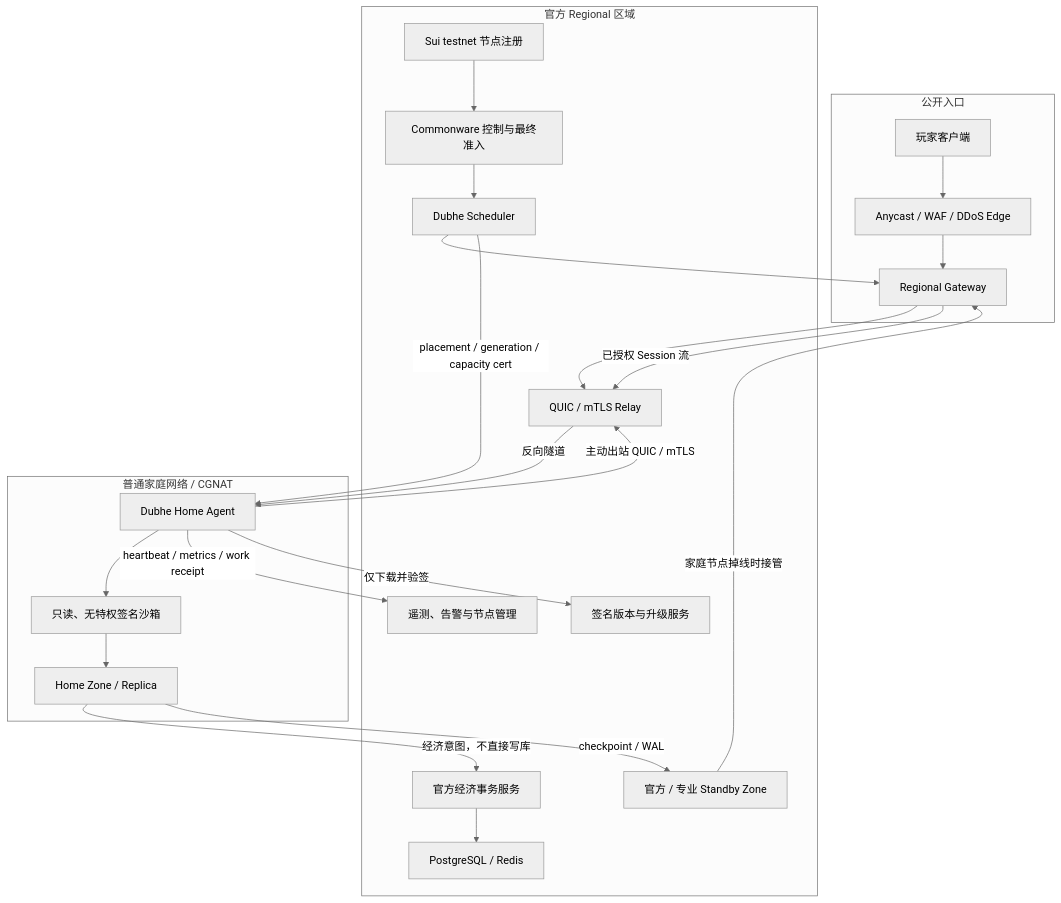
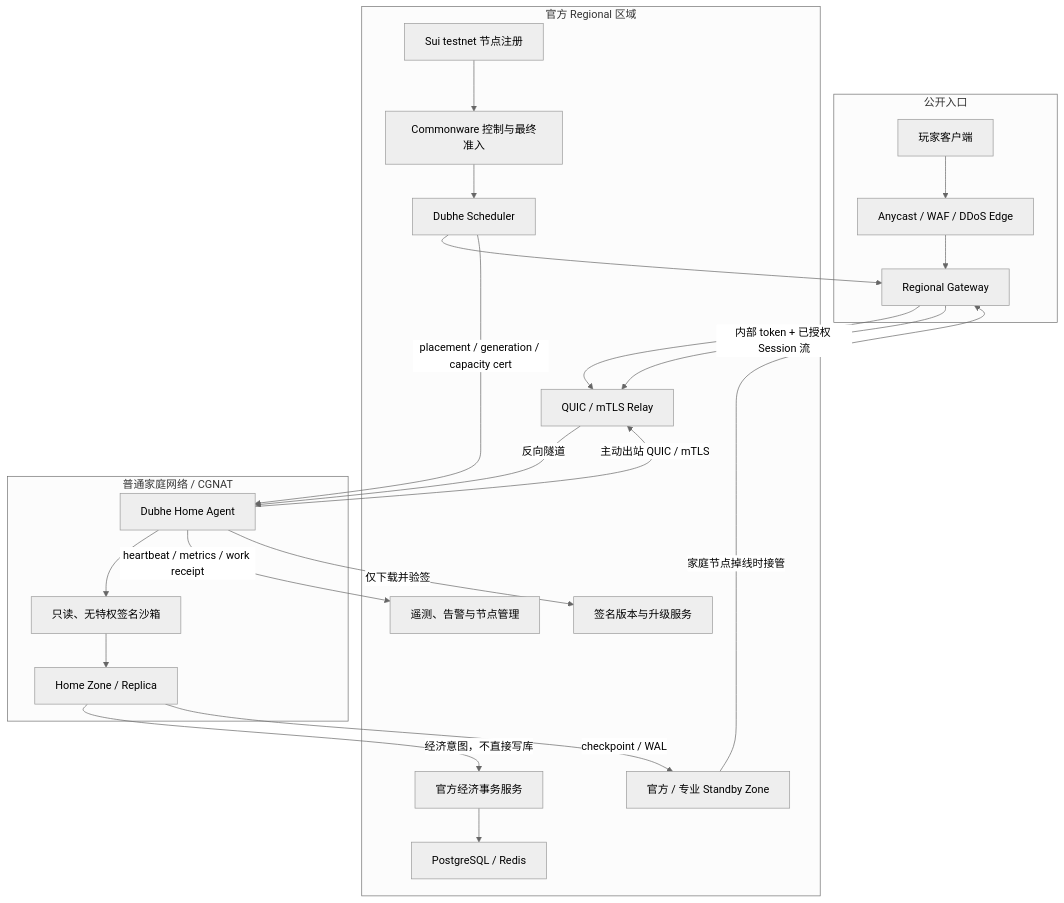
Before and after one commit to Zombieliu/mir2: the diagram in mir2-web3/docs/HOME-NODE-ROADMAP.zh-CN.md, drawn with Mermaid (neutral theme). The commit also changed other lines of this file and 28 other files, not shown here.

````diff
--- a/mir2-web3/docs/HOME-NODE-ROADMAP.zh-CN.md
+++ b/mir2-web3/docs/HOME-NODE-ROADMAP.zh-CN.md
@@ -49,33 +52,33 @@
 ```mermaid
 flowchart TB
   subgraph Public["公开入口"]
     P["玩家客户端"] --> D["Anycast / WAF / DDoS Edge"]
     D --> G["Regional Gateway"]
   end
 
   subgraph Regional["官方 Regional 区域"]
     G --> R["QUIC / mTLS Relay"]
     SC["Dubhe Scheduler"] --> G
     CW["Commonware 控制与最终准入"] --> SC
     SU["Sui testnet 节点注册"] --> CW
     E["官方经济事务服务"] --> DB["PostgreSQL / Redis"]
     U["签名版本与升级服务"]
     T["遥测、告警与节点管理"]
     O["官方 / 专业 Standby Zone"]
   end
 
   subgraph Home["普通家庭网络 / CGNAT"]
     A["Dubhe Home Agent"] -->|"主动出站 QUIC / mTLS"| R
     A --> B["只读、无特权签名沙箱"]
     B --> Z["Home Zone / Replica"]
     A -->|"heartbeat / metrics / work receipt"| T
     A -->|"仅下载并验签"| U
   end
 
-  G -->|"已授权 Session 流"| R
+  G -->|"内部 token + 已授权 Session 流"| R
   R -->|"反向隧道"| A
   SC -->|"placement / generation / capacity cert"| A
   Z -->|"经济意图，不直接写库"| E
   Z -->|"checkpoint / WAL"| O
   O -->|"家庭节点掉线时接管"| G
 ```
````
